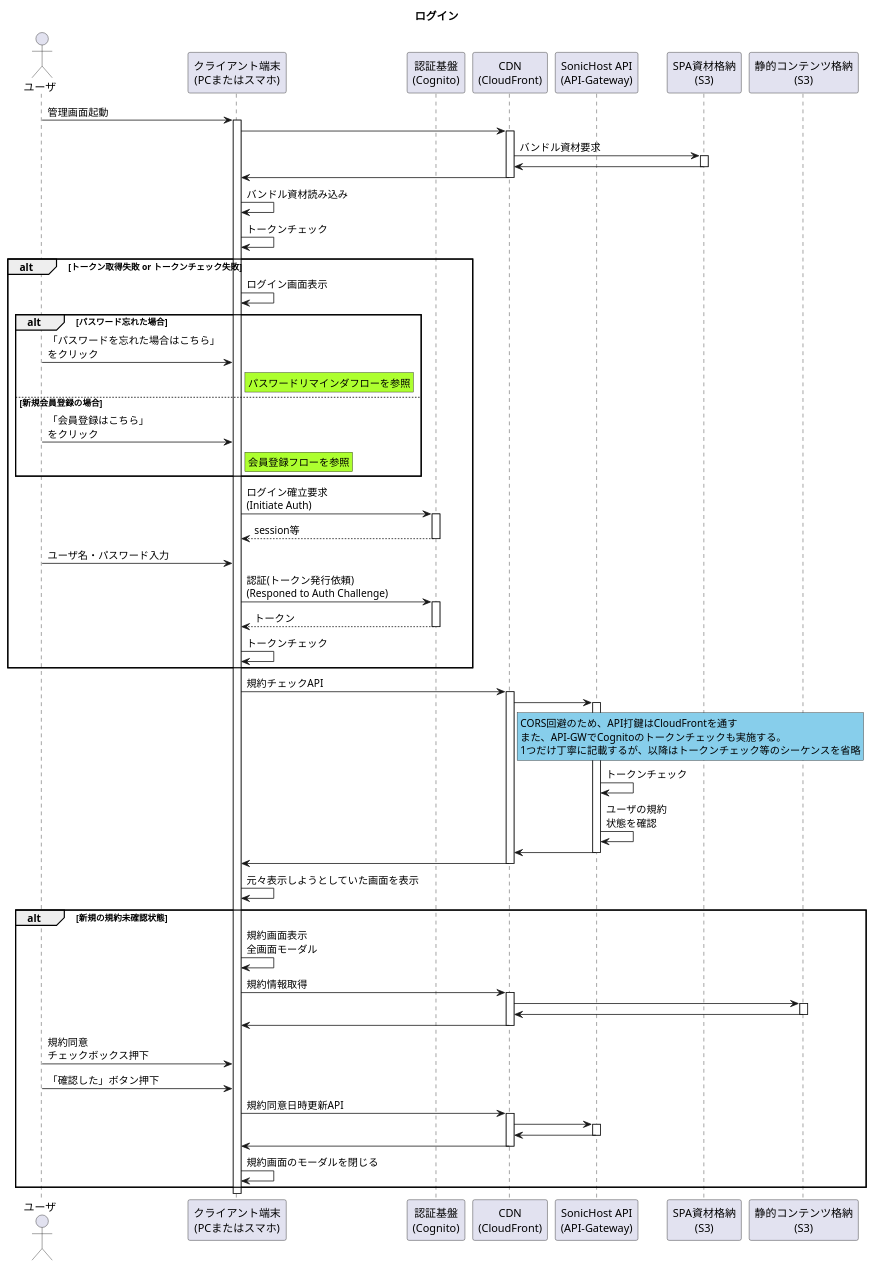
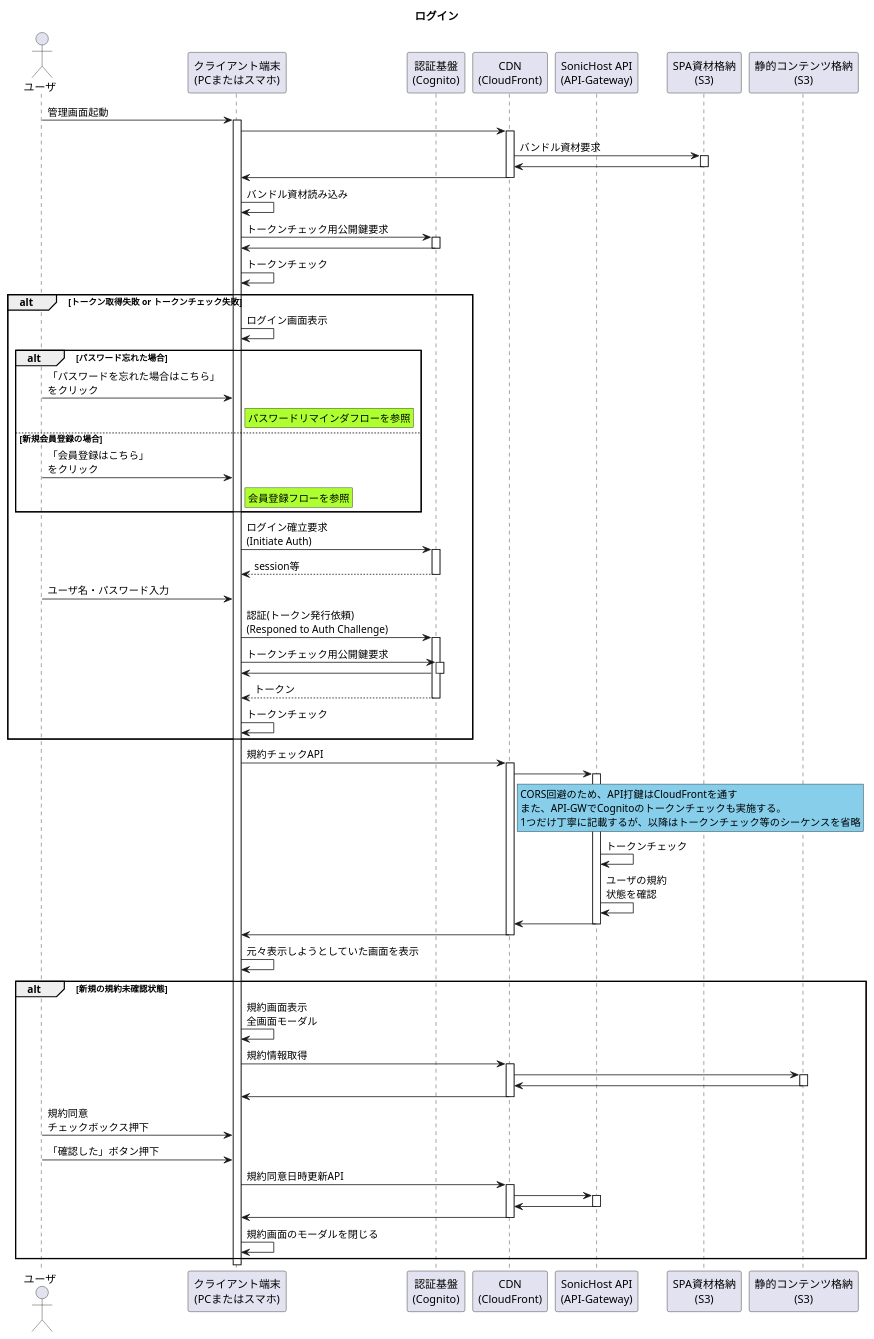
The diagram in 01_Sequences/00_Authentication/00_Login_Flow/LoginFlow.pu (Sonic-Host/documents), drawn with PlantUML before and after one commit. The commit also changed 1 other file, not shown here.

```diff
--- a/01_Sequences/00_Authentication/00_Login_Flow/LoginFlow.pu
+++ b/01_Sequences/00_Authentication/00_Login_Flow/LoginFlow.pu
@@ -1,74 +1,78 @@
 @startuml ログイン
 title ログイン
 
 
 ' アクター定義
 actor "ユーザ" as user
 participant "クライアント端末\n(PCまたはスマホ)" as device
 participant "認証基盤\n(Cognito)" as cognito
 participant "CDN\n(CloudFront)" as cdn
 participant "SonicHost API\n(API-Gateway)" as api
 participant "SPA資材格納\n(S3)" as spa
 participant "静的コンテンツ格納\n(S3)" as static
 
 ' 起動
 user -> device ++ : 管理画面起動
 device -> cdn ++
 cdn -> spa ++ : バンドル資材要求
 cdn <- spa --
 device <- cdn --
 device ->device : バンドル資材読み込み
+device -> cognito ++ : トークンチェック用公開鍵要求
+device <- cognito --
 device -> device: トークンチェック
 ' トークンチェック
 alt トークン取得失敗 or トークンチェック失敗
     device -> device : ログイン画面表示
     alt パスワード忘れた場合
         user -> device : 「パスワードを忘れた場合はこちら」\nをクリック
         rnote right of device #GreenYellow
             パスワードリマインダフローを参照
         end note
     else 新規会員登録の場合
         user -> device: 「会員登録はこちら」\nをクリック
         rnote right of device #GreenYellow
             会員登録フローを参照
         end note
     end 
     device -> cognito ++ : ログイン確立要求\n(Initiate Auth)
     device <-- cognito -- : session等
     user -> device : ユーザ名・パスワード入力
     device -> cognito ++ : 認証(トークン発行依頼)\n(Responed to Auth Challenge)
+    device -> cognito ++ : トークンチェック用公開鍵要求
+    device <- cognito --
     device <-- cognito -- : トークン
     device -> device : トークンチェック
 end 
 ' 規約確認
 device -> cdn ++ : 規約チェックAPI
 cdn -> api ++
 rnote right of cdn #SkyBlue
     CORS回避のため、API打鍵はCloudFrontを通す
     また、API-GWでCognitoのトークンチェックも実施する。
     1つだけ丁寧に記載するが、以降はトークンチェック等のシーケンスを省略
 end note
 api -> api : トークンチェック
 api -> api : ユーザの規約\n状態を確認
 cdn <- api --
 device <- cdn --
 device -> device : 元々表示しようとしていた画面を表示
 alt 新規の規約未確認状態
     device -> device : 規約画面表示\n全画面モーダル
     device -> cdn ++ : 規約情報取得
     cdn -> static ++ 
     cdn <- static --
     device <- cdn --
     user -> device : 規約同意\nチェックボックス押下
     user -> device : 「確認した」ボタン押下
     device -> cdn ++ : 規約同意日時更新API
     cdn -> api ++ 
     cdn <- api --
     device <- cdn --
     device -> device : 規約画面のモーダルを閉じる
 end
 
 
 
 
 @enduml
```
